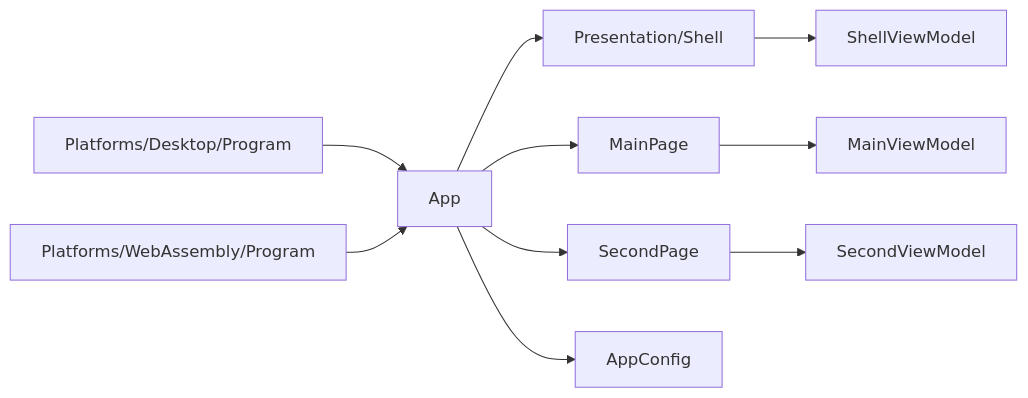
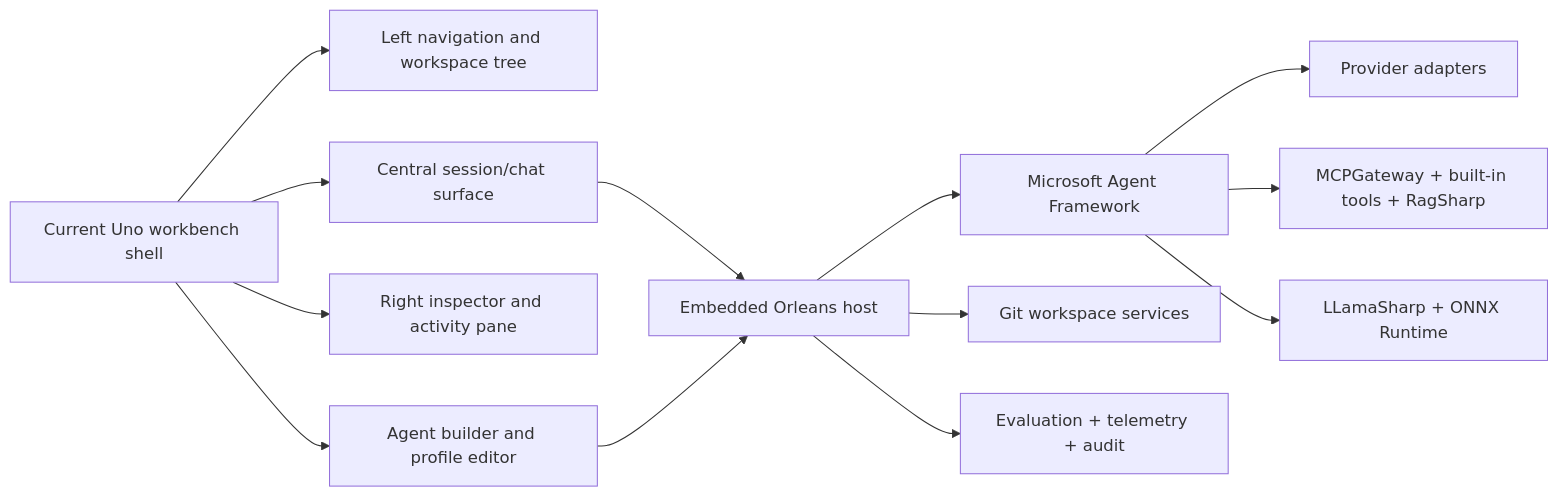
Before and after one commit to managedcode/dotPilot: the second of 3 diagrams in docs/Architecture.md, drawn with Mermaid. The commit also changed other lines of this file and 10 other files, not shown here.

````diff
--- a/docs/Architecture.md
+++ b/docs/Architecture.md
@@ -68,23 +53,30 @@
 ```mermaid
 flowchart LR
-  DesktopProgram["Platforms/Desktop/Program"]
-  BrowserProgram["Platforms/WebAssembly/Program"]
-  App["App"]
-  Shell["Presentation/Shell"]
-  ShellVm["ShellViewModel"]
-  MainPage["MainPage"]
-  MainVm["MainViewModel"]
-  SecondPage["SecondPage"]
-  SecondVm["SecondViewModel"]
-  Config["AppConfig"]
+  Shell["Current Uno workbench shell"]
+  Sidebar["Left navigation and workspace tree"]
+  SessionSurface["Central session/chat surface"]
+  Inspector["Right inspector and activity pane"]
+  Builder["Agent builder and profile editor"]
 
-  DesktopProgram --> App
-  BrowserProgram --> App
-  App --> Shell
-  App --> MainPage
-  App --> SecondPage
-  Shell --> ShellVm
-  MainPage --> MainVm
-  SecondPage --> SecondVm
-  App --> Config
+  Runtime["Embedded Orleans host"]
+  Orchestration["Microsoft Agent Framework"]
+  Providers["Provider adapters"]
+  Tools["MCPGateway + built-in tools + RagSharp"]
+  Git["Git workspace services"]
+  Local["LLamaSharp + ONNX Runtime"]
+  Trust["Evaluation + telemetry + audit"]
+
+  Shell --> Sidebar
+  Shell --> SessionSurface
+  Shell --> Inspector
+  Shell --> Builder
+
+  SessionSurface --> Runtime
+  Builder --> Runtime
+  Runtime --> Orchestration
+  Orchestration --> Providers
+  Orchestration --> Tools
+  Runtime --> Git
+  Orchestration --> Local
+  Runtime --> Trust
 ```
````
